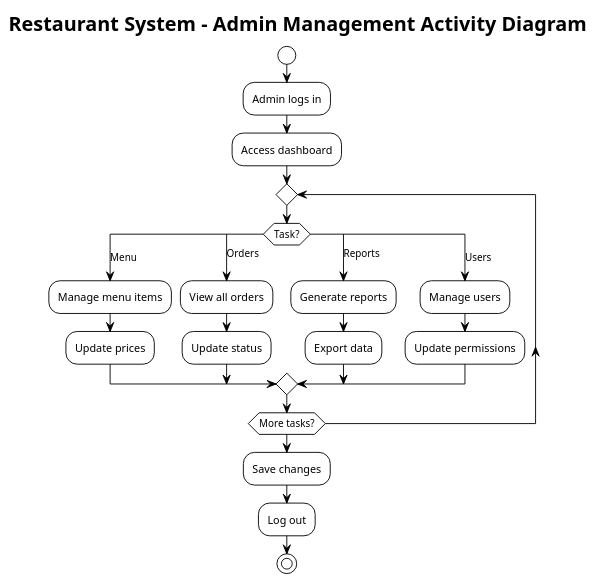
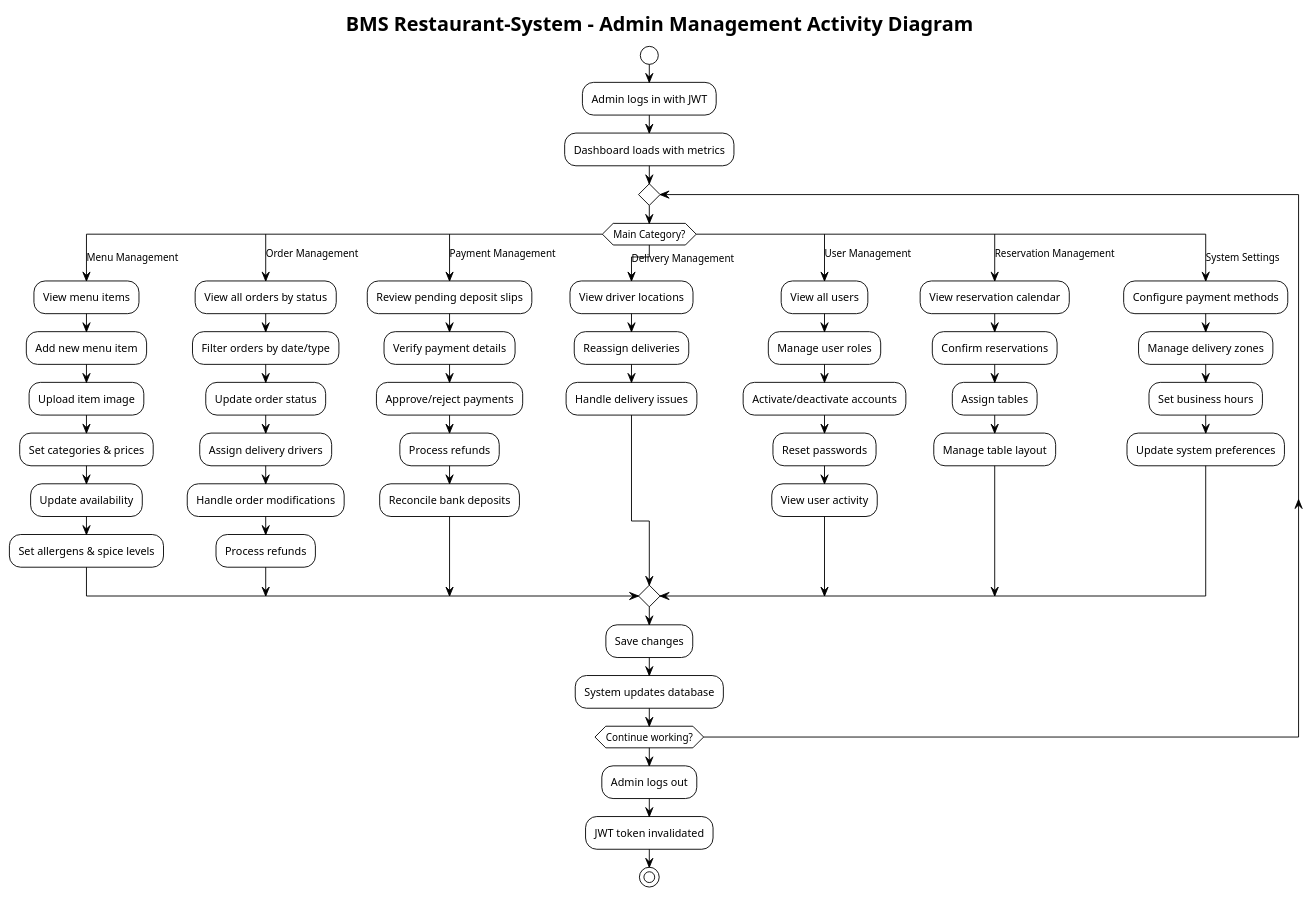
One commit to Bashitha07/BMS-Restaurant-System changed the fourth of 4 diagrams in Restaurant_System_Activity_Diagrams.puml. Above: the diagram before and after it, drawn with PlantUML. The commit also changed other lines of this file and 61 other files, not shown here.

First line of the commit message:
Simplify database schema - Remove unnecessary attributes

```diff
--- a/Restaurant_System_Activity_Diagrams.puml
+++ b/Restaurant_System_Activity_Diagrams.puml
@@ -147,32 +263,70 @@
-@startuml Restaurant_Admin_Activity
+@startuml Restaurant_Admin_Management_Activity
 !theme plain
-title Restaurant System - Admin Management Activity Diagram
+title BMS Restaurant-System - Admin Management Activity Diagram
 
 start
 
-:Admin logs in;
-:Access dashboard;
+:Admin logs in with JWT;
+:Dashboard loads with metrics;
 
 repeat
-    switch (Task?)
-    case (Menu)
-        :Manage menu items;
-        :Update prices;
-    case (Orders)
-        :View all orders;
-        :Update status;
-    case (Reports)
-        :Generate reports;
-        :Export data;
-    case (Users)
-        :Manage users;
-        :Update permissions;
+    switch (Main Category?)
+    case (Menu Management)
+        :View menu items;
+        :Add new menu item;
+        :Upload item image;
+        :Set categories & prices;
+        :Update availability;
+        :Set allergens & spice levels;
+
+    case (Order Management)
+        :View all orders by status;
+        :Filter orders by date/type;
+        :Update order status;
+        :Assign delivery drivers;
+        :Handle order modifications;
+        :Process refunds;
+
+    case (Payment Management)
+        :Review pending deposit slips;
+        :Verify payment details;
+        :Approve/reject payments;
+        :Process refunds;
+        :Reconcile bank deposits;
+
+    case (Delivery Management)
+        :View driver locations;
+        :Reassign deliveries;
+        :Handle delivery issues;
+
+    case (User Management)
+        :View all users;
+        :Manage user roles;
+        :Activate/deactivate accounts;
+        :Reset passwords;
+        :View user activity;
+
+    case (Reservation Management)
+        :View reservation calendar;
+        :Confirm reservations;
+        :Assign tables;
+        :Manage table layout;
+
+    case (System Settings)
+        :Configure payment methods;
+        :Manage delivery zones;
+        :Set business hours;
+        :Update system preferences;
     endswitch
-repeat while (More tasks?)
 
-:Save changes;
-:Log out;
+    :Save changes;
+    :System updates database;
+
+repeat while (Continue working?)
+
+:Admin logs out;
+:JWT token invalidated;
 
 stop
 
 @enduml
```
